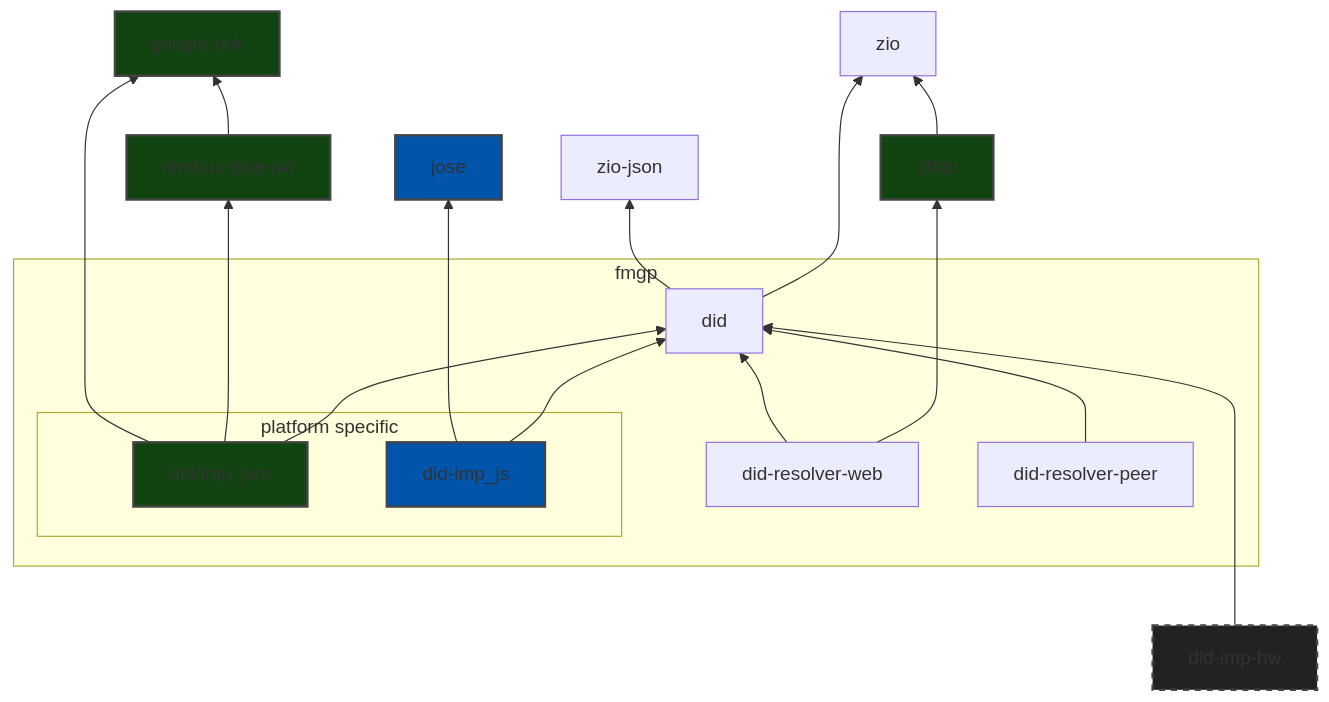
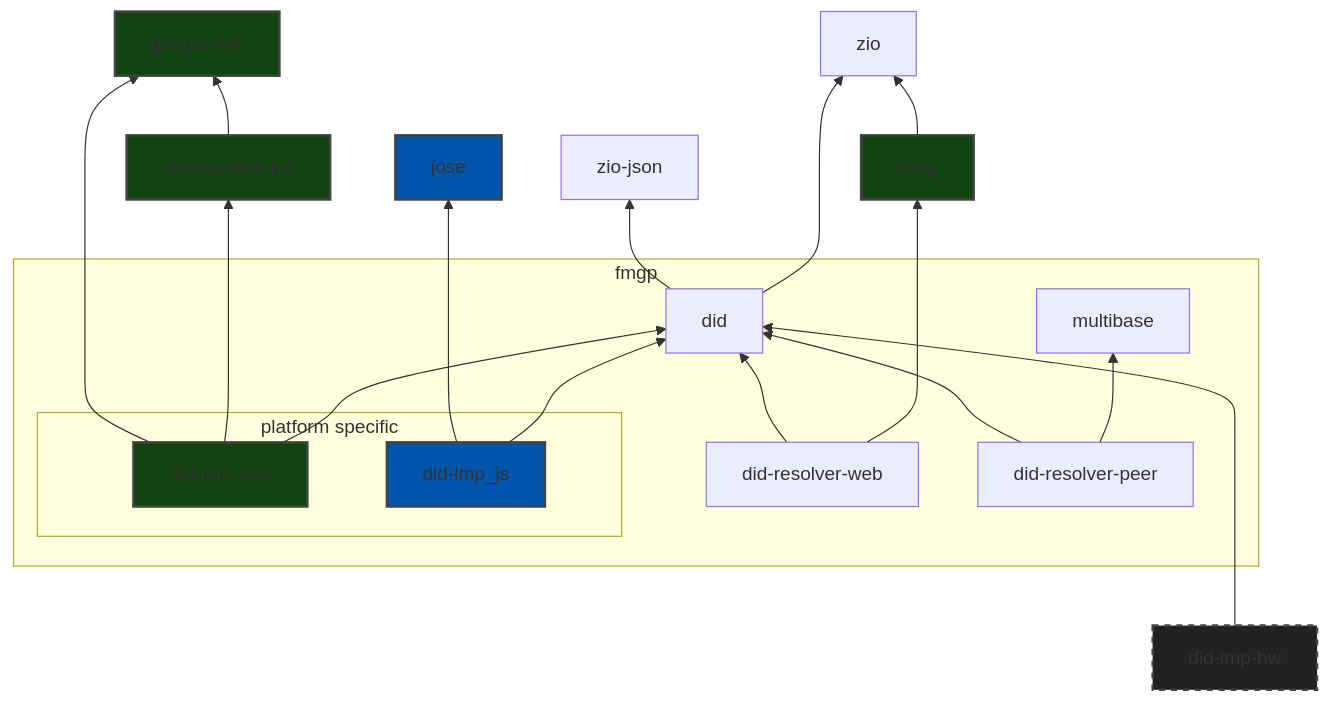
One commit to hyperledger/identus-mediator changed the diagram in README.md. Above: the diagram before and after it, drawn with Mermaid. The commit also changed other lines of this file and 11 other files, not shown here.

````diff
--- a/README.md
+++ b/README.md
@@ -11,34 +12,35 @@
 ```mermaid
 flowchart BT
 
   did --> zio
   did --> zio-json
   zhttp --> zio
 
   did-resolver-web ---> zhttp:::JVM
   did-imp-hw:::Others ---> did
 
   subgraph fmgp
     subgraph platform specific
       did-imp_jvm:::JVM
       did-imp_js:::JS
     end
 
     did-imp_jvm:::JVM --> did
     did-imp_js:::JS --> did
     
+    did-resolver-peer --> multibase
     did-resolver-peer --> did
     did-resolver-web --> did
   end
   
   did-imp_jvm:::JVM ---> nimbus-jose-jwt:::JVM --> google-tink:::JVM
   did-imp_jvm:::JVM ---> google-tink
 
   did-imp_js ---> jose:::JS
 
 
   classDef JVM fill:#141,stroke:#444,stroke-width:2px;
   classDef JS fill:#05a,stroke:#444,stroke-width:2px;
   classDef Others fill:#222,stroke:#444,stroke-width:2px,stroke-dasharray: 5 5;
 
 ```
````
